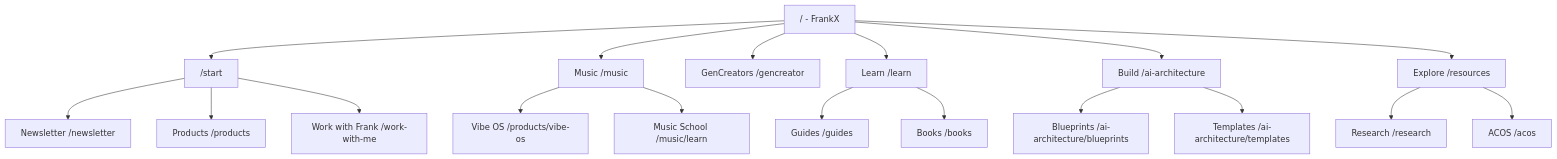
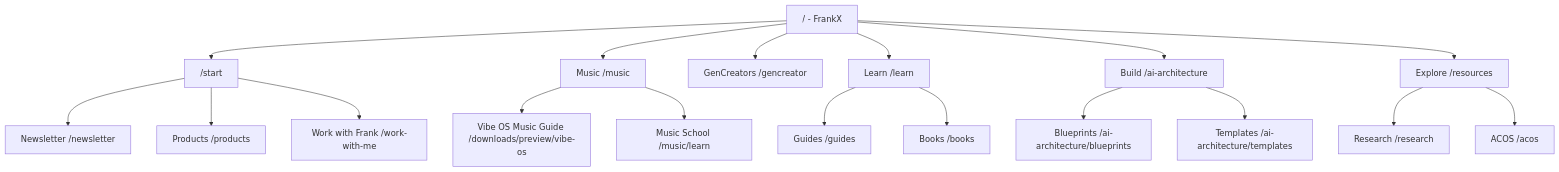
One commit to frankxai/frankx.ai-vercel-website changed the second of 3 diagrams in docs/FRANKX_SITE_COMMAND_MAP.md. Above: the diagram before and after it, drawn with Mermaid. The commit also changed other lines of this file and 5 other files, not shown here.

````diff
--- a/docs/FRANKX_SITE_COMMAND_MAP.md
+++ b/docs/FRANKX_SITE_COMMAND_MAP.md
@@ -35,20 +35,20 @@
 ```mermaid
 flowchart TD
   Home["/ - FrankX"] --> Start["/start"]
   Home --> Music["Music /music"]
   Home --> GenCreators["GenCreators /gencreator"]
   Home --> Learn["Learn /learn"]
   Home --> Build["Build /ai-architecture"]
   Home --> Explore["Explore /resources"]
   Start --> Newsletter["Newsletter /newsletter"]
   Start --> Products["Products /products"]
   Start --> Work["Work with Frank /work-with-me"]
-  Music --> Vibe["Vibe OS /products/vibe-os"]
+  Music --> Vibe["Vibe OS Music Guide /downloads/preview/vibe-os"]
   Music --> School["Music School /music/learn"]
   Learn --> Guides["Guides /guides"]
   Learn --> Books["Books /books"]
   Build --> Blueprints["Blueprints /ai-architecture/blueprints"]
   Build --> Templates["Templates /ai-architecture/templates"]
   Explore --> Research["Research /research"]
   Explore --> ACOS["ACOS /acos"]
 ```
````
